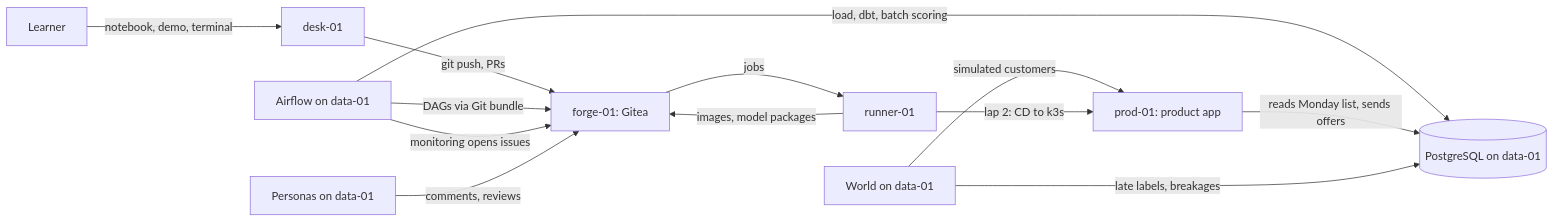
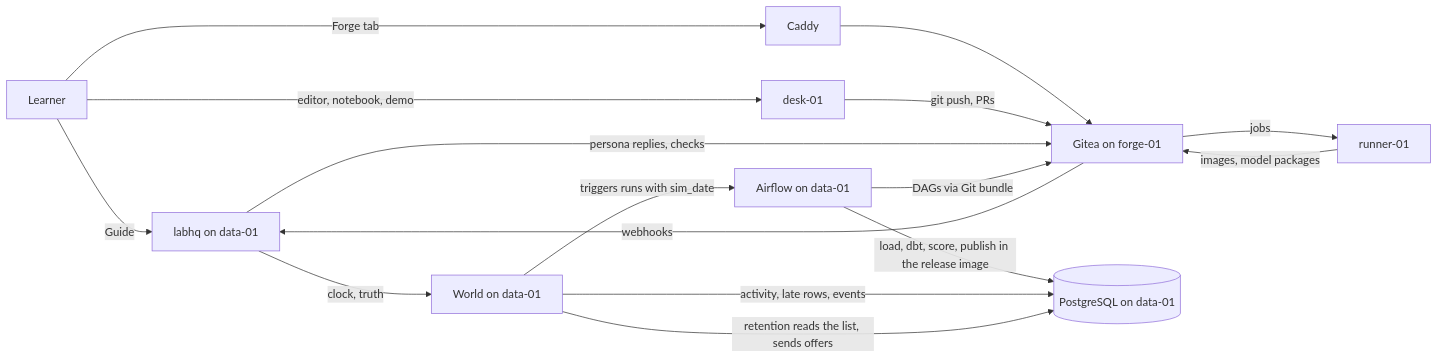
Before and after one commit to lpmi-13/plan-docs: the second of 2 diagrams in DATA_SCIENCE_PLAN.md, drawn with Mermaid. The commit also changed other lines of this file, not shown here.

Commit message:
Finalize data science pipeline plan

````diff
--- a/DATA_SCIENCE_PLAN.md
+++ b/DATA_SCIENCE_PLAN.md
@@ -356,15 +692,17 @@
 ```mermaid
 flowchart LR
-    L[Learner] -->|notebook, demo, terminal| D[desk-01]
-    D -->|git push, PRs| F[forge-01: Gitea]
+    L[Learner] -->|Guide| H[labhq on data-01]
+    L -->|editor, notebook, demo| D[desk-01]
+    L -->|Forge tab| C[Caddy] --> F[Gitea on forge-01]
+    D -->|git push, PRs| F
     F -->|jobs| R[runner-01]
     R -->|images, model packages| F
+    F -->|webhooks| H
+    H -->|persona replies, checks| F
     A[Airflow on data-01] -->|DAGs via Git bundle| F
-    A -->|load, dbt, batch scoring| W[(PostgreSQL on data-01)]
-    P[prod-01: product app] -->|reads Monday list, sends offers| W
-    S[World on data-01] -->|simulated customers| P
-    S -->|late labels, breakages| W
-    A -->|monitoring opens issues| F
-    R -->|lap 2: CD to k3s| P
-    PE[Personas on data-01] -->|comments, reviews| F
+    A -->|load, dbt, score, publish in the release image| W[(PostgreSQL on data-01)]
+    S[World on data-01] -->|activity, late rows, events| W
+    S -->|triggers runs with sim_date| A
+    S -->|retention reads the list, sends offers| W
+    H -->|clock, truth| S
 ```
````
